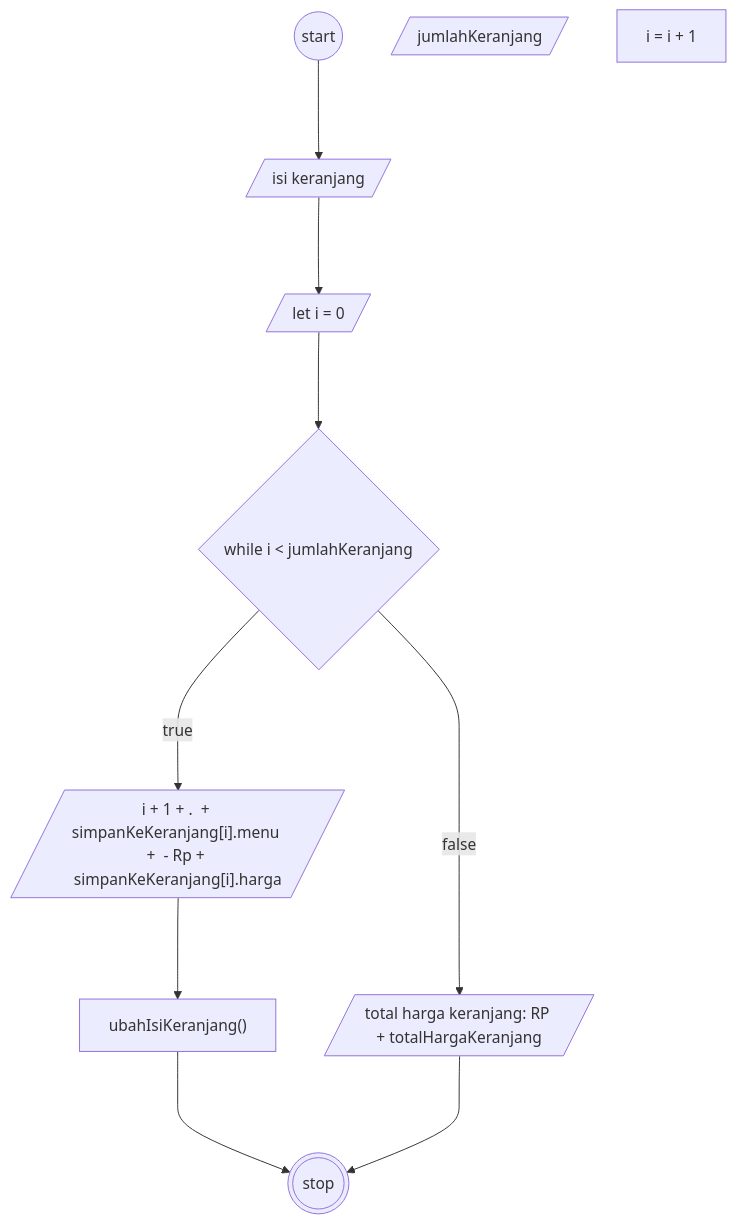
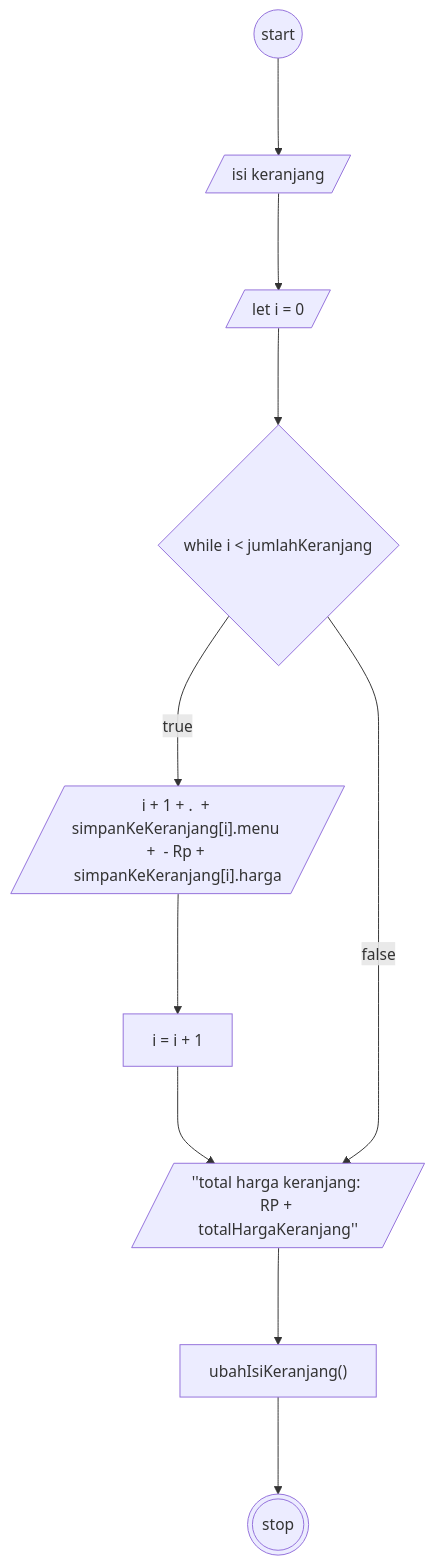
The diagram in flowchartKeranjang.md (VirgilIw/koda-b4-homework1), drawn with Mermaid before and after one commit.

````diff
--- a/flowchartKeranjang.md
+++ b/flowchartKeranjang.md
@@ -3,34 +3,33 @@
 ```mermaid
 flowchart TB
 
 start((start))
 
 stop(((stop)))
 
 log1@{shape: lean-r, label: isi keranjang}
 
 letI@{shape: lean-r, label: let i = 0}
-jumlahKeranjang@{shape: lean-r, label:jumlahKeranjang}
 
 while@{shape: diamond, label: "while i < jumlahKeranjang"}
 
 log2@{shape: lean-r, label: "i + 1 + .  + simpanKeKeranjang[i].menu +  - Rp + simpanKeKeranjang[i].harga"}
 
 iTambah@{shape: rect, label: i = i + 1}
 
-log3@{shape: lean-r, label: "total harga keranjang: RP + totalHargaKeranjang"}
+log3[/''total harga keranjang: RP + totalHargaKeranjang''/]
 
- isiKeran@{shape: rect, label: ubahIsiKeranjang() }
+isiKeran@{shape: rect, label: ubahIsiKeranjang() }
 
 
 
 
 start--->log1--->letI
 letI--->while--true--->log2
 
-log2--->isiKeran--->stop
+log2--->iTambah--->log3
+log3--->isiKeran--->stop
 while--false--->log3
-log3--->stop
 
 
 ```
````
